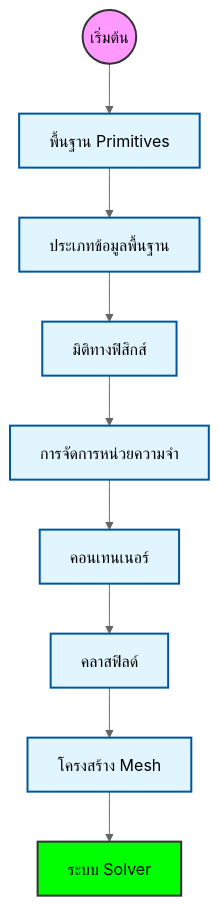
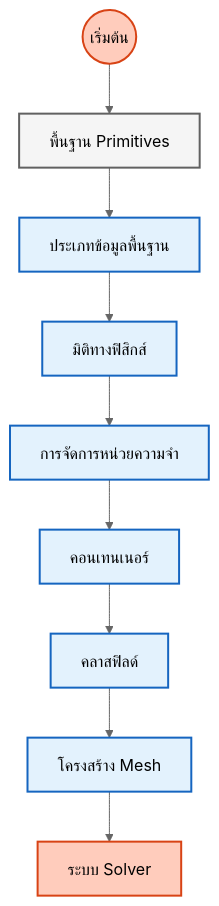
One commit to wramet/build-my-cfd changed the diagram in MODULE_05_OPENFOAM_PROGRAMMING/CONTENT/01_FOUNDATION_PRIMITIVES/00_Overview.md. Above: the diagram before and after it, drawn with Mermaid (neutral theme). The commit also changed 313 other files, not shown here.

Commit message:
Revise all diagram

````diff
--- a/MODULE_05_OPENFOAM_PROGRAMMING/CONTENT/01_FOUNDATION_PRIMITIVES/00_Overview.md
+++ b/MODULE_05_OPENFOAM_PROGRAMMING/CONTENT/01_FOUNDATION_PRIMITIVES/00_Overview.md
@@ -7,16 +7,16 @@
 ```mermaid
 graph TD
-    Start((เริ่มต้น)) --> Basic[พื้นฐาน Primitives]
-    Basic --> Types[ประเภทข้อมูลพื้นฐาน]
-    Types --> Dimensions[มิติทางฟิสิกส์]
-    Dimensions --> Memory[การจัดการหน่วยความจำ]
-    Memory --> Containers[คอนเทนเนอร์]
-    Containers --> Fields[คลาสฟิลด์]
-    Fields --> Mesh[โครงสร้าง Mesh]
-    Mesh --> Solvers[ระบบ Solver]
+%% Classes
+classDef explicit fill:#ffccbc,stroke:#d84315,stroke-width:2px,color:#000
+classDef implicit fill:#e3f2fd,stroke:#1565c0,stroke-width:2px,color:#000
+classDef context fill:#f5f5f5,stroke:#616161,stroke-width:2px,color:#000
 
-    style Start fill:#f9f,stroke:#333,stroke-width:2px
-    style Solvers fill:#00ff00,stroke:#333,stroke-width:2px
-    classDef step fill:#e1f5fe,stroke:#01579b,stroke-width:2px;
-    class Basic,Types,Dimensions,Memory,Containers,Fields,Mesh step
+Start((เริ่มต้น)):::explicit --> Basic[พื้นฐาน Primitives]:::context
+Basic --> Types[ประเภทข้อมูลพื้นฐาน]:::implicit
+Types --> Dimensions[มิติทางฟิสิกส์]:::implicit
+Dimensions --> Memory[การจัดการหน่วยความจำ]:::implicit
+Memory --> Containers[คอนเทนเนอร์]:::implicit
+Containers --> Fields[คลาสฟิลด์]:::implicit
+Fields --> Mesh[โครงสร้าง Mesh]:::implicit
+Mesh --> Solvers[ระบบ Solver]:::explicit
 ```
````
